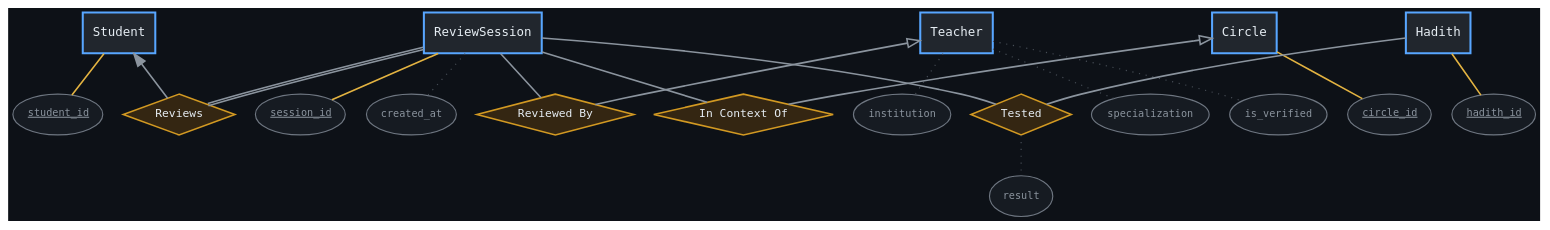
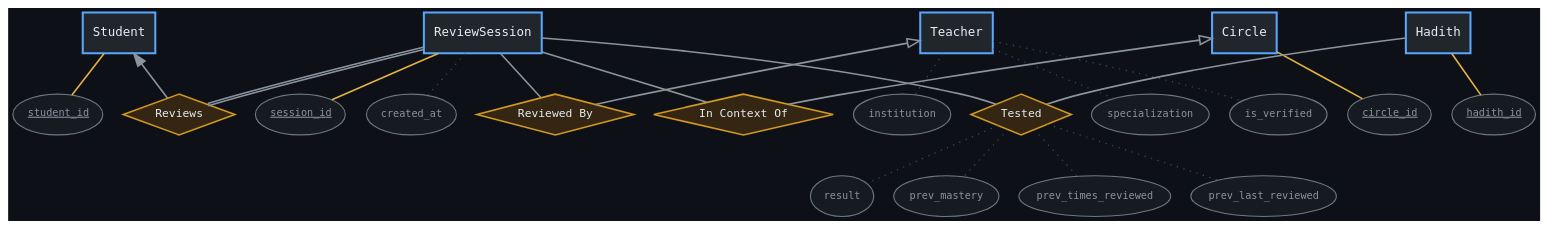
Before and after one commit to Kamrulhasan12345/ilham: the diagram in docs/erd/chen/reviews.dot, drawn with Graphviz. The commit also changed 22 other files, not shown here.

First line of the commit message:
fix: restore progress exactly when a review session is deleted

```diff
--- a/docs/erd/chen/reviews.dot
+++ b/docs/erd/chen/reviews.dot
@@ -1,61 +1,68 @@
 digraph ERD_Reviews {
     bgcolor="#0D1117";
     splines=spline;
     overlap=prism;
     sep="+8";
     esep="+4";
     K=1.1;
     graph [fontname="DejaVu Sans Mono", fontcolor="#C9D1D9"];
     node [fontname="DejaVu Sans Mono", fontsize=11];
     // Cardinality is carried by arrowheads, not 1/N labels. The arrow points at
     // the "one" side: filled = exactly one, hollow = at most one, none = many.
     // Written `Entity -> Relationship`, so the head lands on the tail (dir=back).
     // dir=none is the graph-level default -- attribute and ISA edges stay plain.
     edge [fontname="DejaVu Sans Mono", fontsize=9, color="#8B949E", fontcolor="#C9D1D9", dir=none, arrowsize=1.1];
 
     // Entity boxes
     node [shape=box, style="filled,bold", penwidth=1.8, fillcolor="#21262D", color="#58A6FF", fontcolor="#E6EDF3"];
     Student; Teacher; Circle; Hadith; ReviewSession;
 
     // Relationship diamonds
     node [shape=diamond, style=filled, fillcolor="#342612", color="#D29922", penwidth=1.4, fontsize=10, fontcolor="#E6EDF3"];
     Reviews     [label="Reviews"];
     ReviewedBy  [label="Reviewed By"];
     InContextOf [label="In Context Of"];
     Tested      [label="Tested"];
 
     // Attribute ellipses
     node [shape=ellipse, style="filled", fillcolor="#161B22", color="#6E7681", penwidth=1, fontsize=9, fontcolor="#8B949E"];
     student_id [label=<<U>student_id</U>>];
     t_inst [label="institution"];
     t_spec [label="specialization"];
     t_verified [label="is_verified"];
     circle_id [label=<<U>circle_id</U>>];
     hadith_id [label=<<U>hadith_id</U>>];
     session_id [label=<<U>session_id</U>>];
     rs_created [label="created_at"];
     result_attr [label="result"];
+    prev_mastery [label="prev_mastery"];
+    prev_times [label="prev_times_reviewed"];
+    prev_last [label="prev_last_reviewed"];
 
     // PK edges
     edge [color="#484F58", style=dotted];
     Student -> student_id [color="#E3B341", style=solid, penwidth=1.4];
     Teacher -> t_inst;
     Teacher -> t_spec;
     Teacher -> t_verified;
     Circle -> circle_id [color="#E3B341", style=solid, penwidth=1.4];
     Hadith -> hadith_id [color="#E3B341", style=solid, penwidth=1.4];
     ReviewSession -> session_id [color="#E3B341", style=solid, penwidth=1.4];
     ReviewSession -> rs_created;
     Tested -> result_attr;
+    // The progress state before this result, restored when the session is deleted.
+    Tested -> prev_mastery;
+    Tested -> prev_times;
+    Tested -> prev_last;
 
     // Relationships
     edge [color="#8B949E", style=solid, fontsize=11, fontcolor="#C9D1D9", penwidth=1.4];
     ReviewSession -> Reviews [color="#8B949E:#8B949E"];
     Student       -> Reviews [dir=back, arrowtail=normal];
     ReviewSession -> ReviewedBy;
     Teacher       -> ReviewedBy [dir=back, arrowtail=onormal];   // reviewer_id NULL = self-study
     ReviewSession -> InContextOf;
     Circle        -> InContextOf [dir=back, arrowtail=onormal];  // circle_id nullable
     ReviewSession -> Tested;
     Hadith        -> Tested;
 }
```
